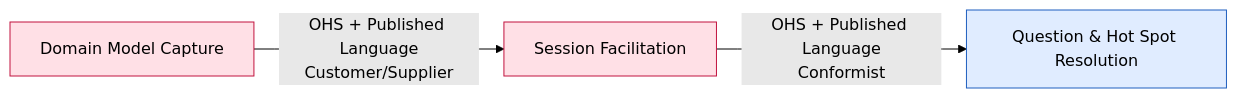
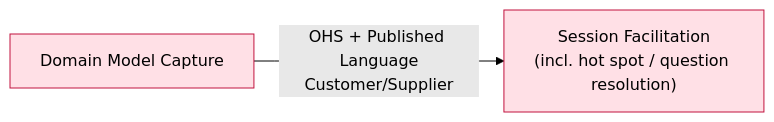
The diagram in docs/domain/bounded-contexts/session-facilitation/canvas.md (vinialbano/eventstormer), drawn with Mermaid (forest theme) before and after one commit. The commit also changed other lines of this file and 16 other files, not shown here.

First line of the commit message:
docs: Design-Level EventStorming on Question & Hot Spot Resolution, seam-collapse, and Big Picture resume  (#6)

````diff
--- a/docs/domain/bounded-contexts/session-facilitation/canvas.md
+++ b/docs/domain/bounded-contexts/session-facilitation/canvas.md
@@ -105,11 +213,8 @@
 ```mermaid
 flowchart LR
-  Capture["Domain Model Capture"] -->|"OHS + Published Language\nCustomer/Supplier"| This["Session Facilitation"]
-  This -->|"OHS + Published Language\nConformist"| HotSpot["Question & Hot Spot Resolution"]
+  Capture["Domain Model Capture"] -->|"OHS + Published Language\nCustomer/Supplier"| This["Session Facilitation\n(incl. hot spot / question resolution)"]
 
   classDef core fill:#ffe0e6,stroke:#c1123e,color:#000
-  classDef sup fill:#e0ecff,stroke:#1f5fbf,color:#000
   class This core
   class Capture core
-  class HotSpot sup
 ```
````
